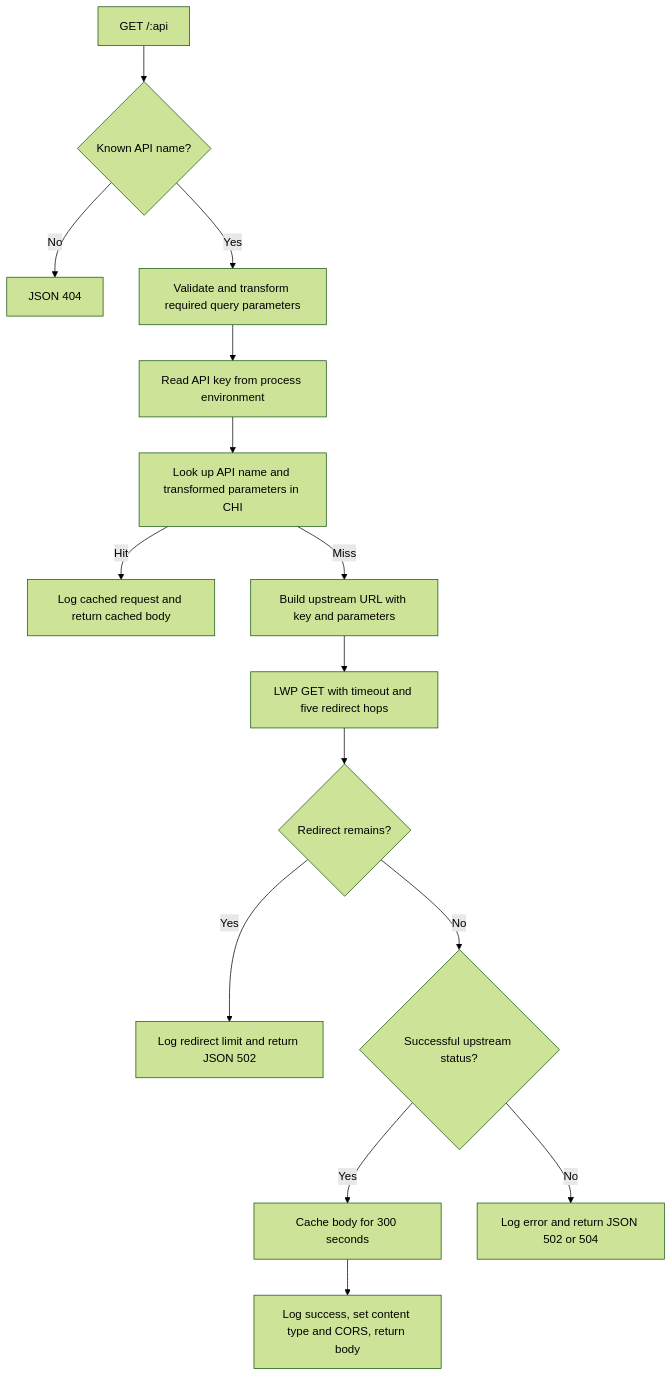
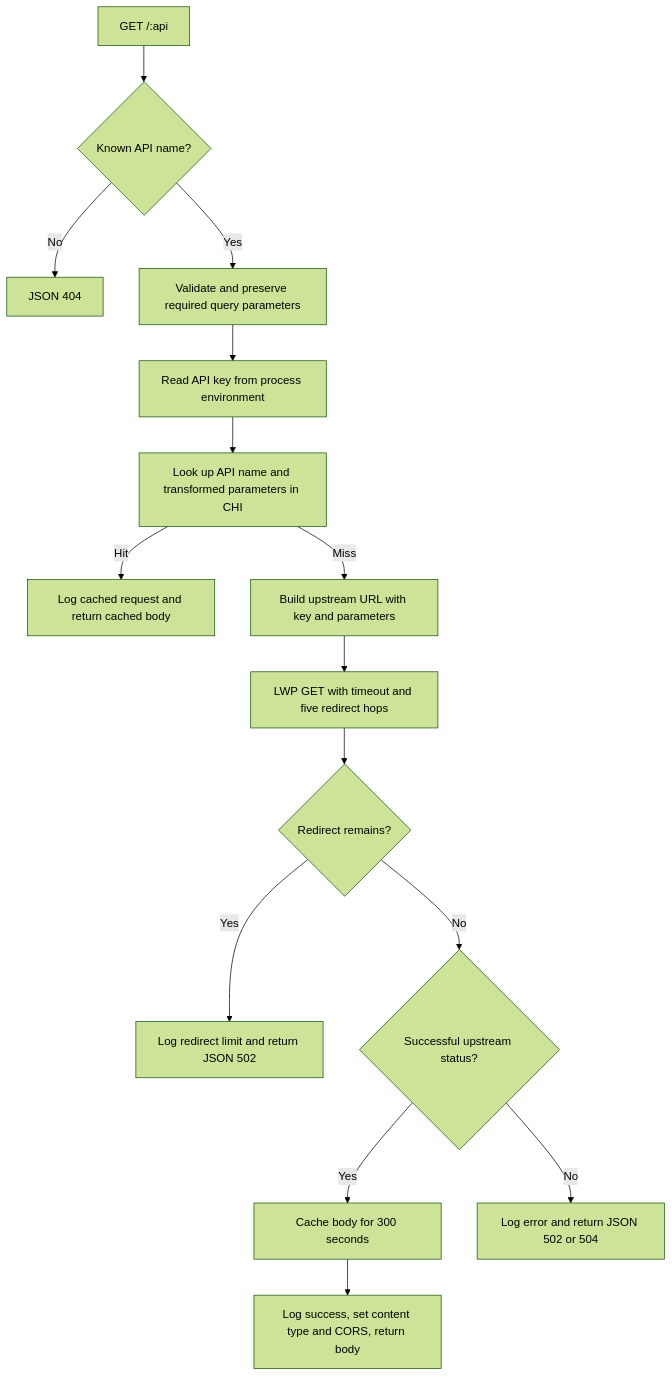
The diagram in docs/architecture.md (davorg/api-proxy), drawn with Mermaid (forest theme) before and after one commit. The commit also changed other lines of this file and 3 other files, not shown here.

Commit message:
Encode query parameters without changing values

````diff
--- a/docs/architecture.md
+++ b/docs/architecture.md
@@ -32,17 +32,17 @@
 ```mermaid
 flowchart TD
     A[GET /:api] --> B{Known API name?}
     B -->|No| N[JSON 404]
-    B -->|Yes| C[Validate and transform required query parameters]
+    B -->|Yes| C[Validate and preserve required query parameters]
     C --> D[Read API key from process environment]
     D --> E[Look up API name and transformed parameters in CHI]
     E -->|Hit| F[Log cached request and return cached body]
     E -->|Miss| G[Build upstream URL with key and parameters]
     G --> H[LWP GET with timeout and five redirect hops]
     H --> I{Redirect remains?}
     I -->|Yes| R[Log redirect limit and return JSON 502]
     I -->|No| J{Successful upstream status?}
     J -->|Yes| K[Cache body for 300 seconds]
     K --> L[Log success, set content type and CORS, return body]
     J -->|No| M[Log error and return JSON 502 or 504]
 ```
````
